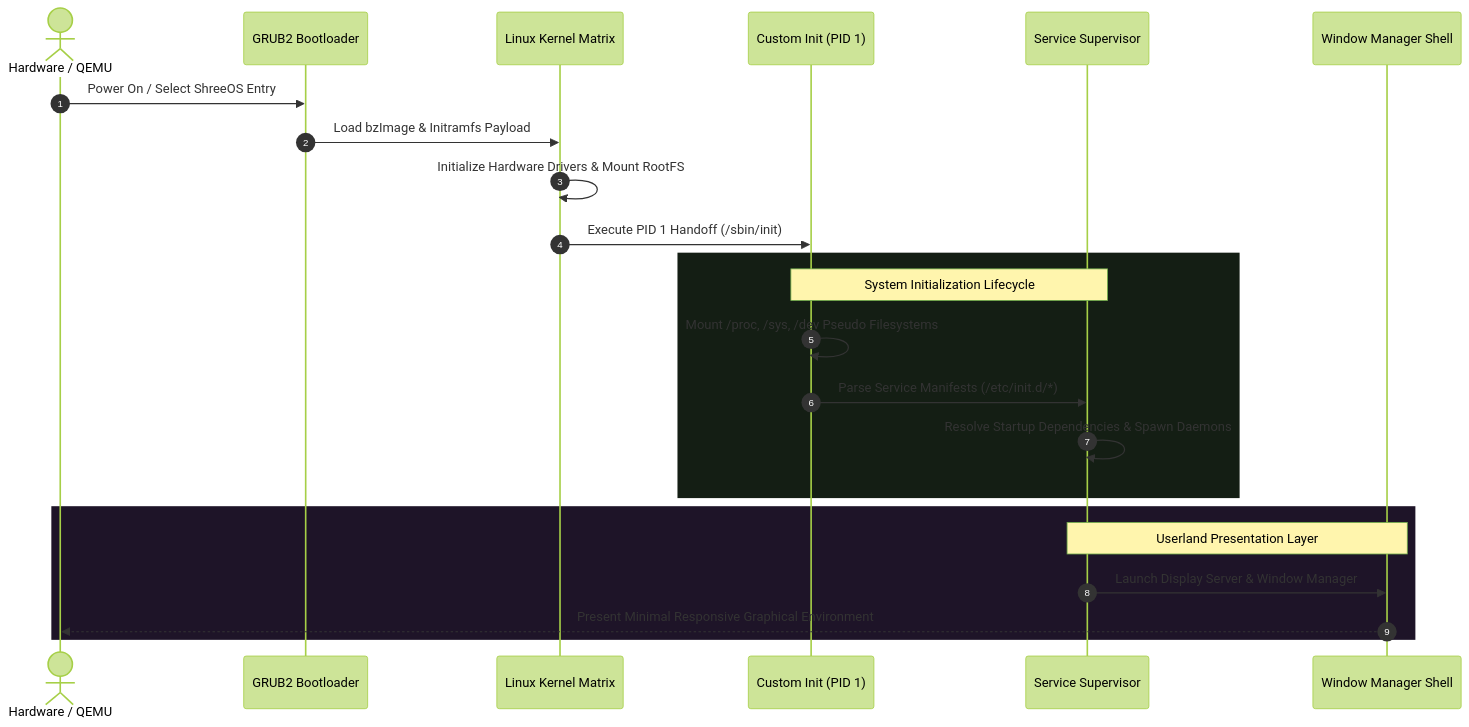
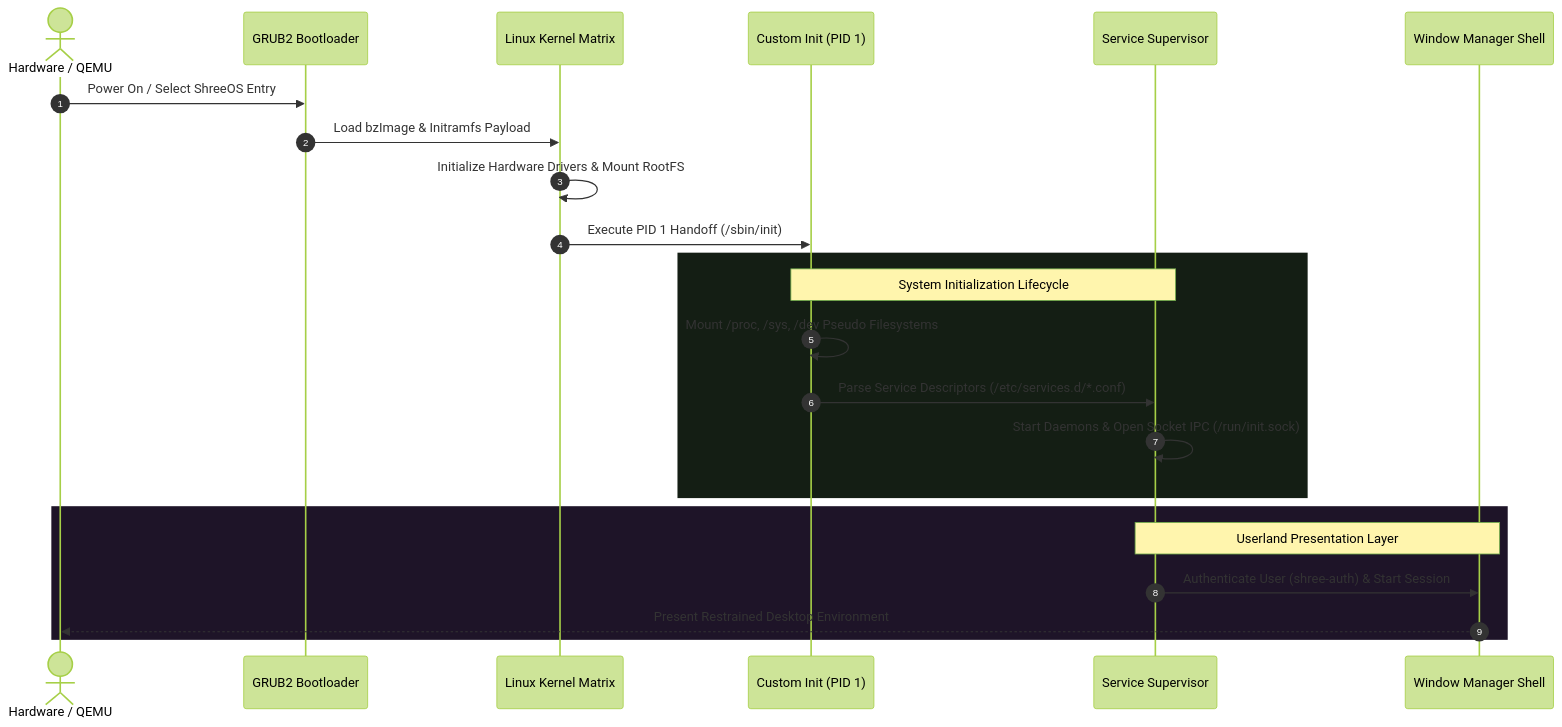
One commit to shreeharsh-patil/ShreeOS changed the second of 2 diagrams in README.md. Above: the diagram before and after it, drawn with Mermaid (forest theme). The commit also changed other lines of this file and 31 other files, not shown here.

First line of the commit message:
Harden security, bootloader, init IPC, LPM transactions, and test suites

````diff
--- a/README.md
+++ b/README.md
@@ -87,28 +82,28 @@
 ```mermaid
 sequenceDiagram
     autonumber
     actor User as Hardware / QEMU
     participant Boot as GRUB2 Bootloader
     participant Kernel as Linux Kernel Matrix
     participant Init as Custom Init (PID 1)
     participant Service as Service Supervisor
     participant Desktop as Window Manager Shell
 
     User->>Boot: Power On / Select ShreeOS Entry
     Boot->>Kernel: Load bzImage & Initramfs Payload
     Kernel->>Kernel: Initialize Hardware Drivers & Mount RootFS
     Kernel->>Init: Execute PID 1 Handoff (/sbin/init)
     
     rect rgb(20, 30, 20)
         note over Init,Service: System Initialization Lifecycle
         Init->>Init: Mount /proc, /sys, /dev Pseudo Filesystems
-        Init->>Service: Parse Service Manifests (/etc/init.d/*)
-        Service->>Service: Resolve Startup Dependencies & Spawn Daemons
+        Init->>Service: Parse Service Descriptors (/etc/services.d/*.conf)
+        Service->>Service: Start Daemons & Open Socket IPC (/run/init.sock)
     end
 
     rect rgb(30, 20, 40)
         note over Service,Desktop: Userland Presentation Layer
-        Service->>Desktop: Launch Display Server & Window Manager
-        Desktop-->>User: Present Minimal Responsive Graphical Environment
+        Service->>Desktop: Authenticate User (shree-auth) & Start Session
+        Desktop-->>User: Present Restrained Desktop Environment
     end
 ```
````
